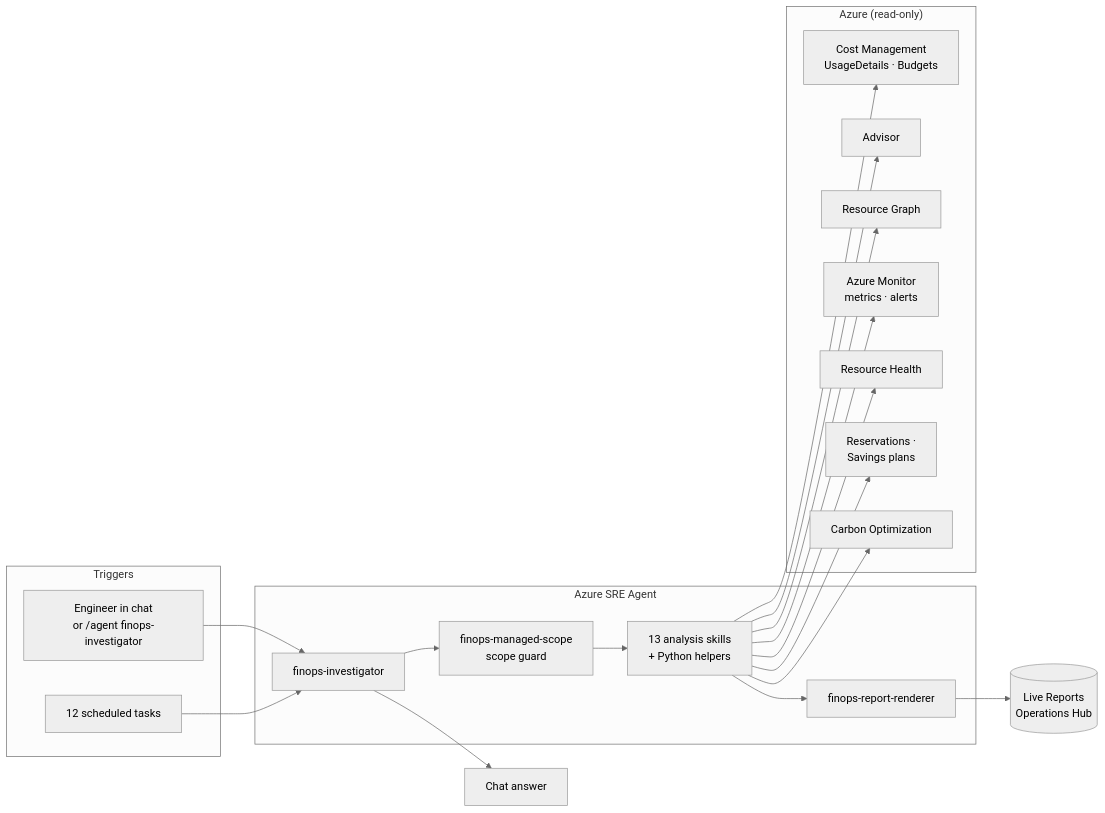
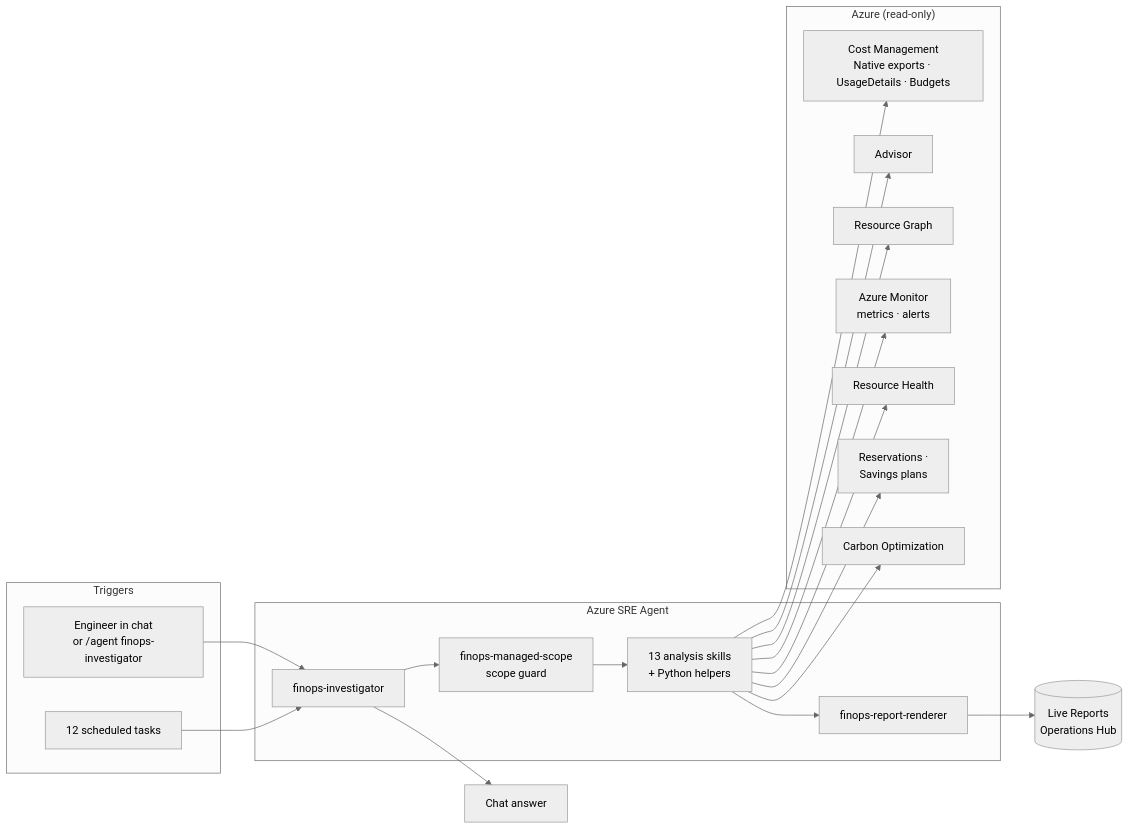
One commit to dmauser/finops-sre-agent-pack changed the diagram in README.md. Above: the diagram before and after it, drawn with Mermaid (neutral theme). The commit also changed other lines of this file and 86 other files, not shown here.

````diff
--- a/README.md
+++ b/README.md
@@ -63,28 +64,28 @@
 ```mermaid
 flowchart LR
     subgraph Triggers
         U[Engineer in chat<br/>or /agent finops-investigator]
         S[12 scheduled tasks]
     end
     subgraph Agent["Azure SRE Agent"]
         I[finops-investigator]
         MS[finops-managed-scope<br/>scope guard]
         SK[13 analysis skills<br/>+ Python helpers]
         R[finops-report-renderer]
     end
     subgraph Azure["Azure (read-only)"]
-        CM[Cost Management<br/>UsageDetails · Budgets]
+        CM[Cost Management<br/>Native exports · UsageDetails · Budgets]
         ADV[Advisor]
         ARG[Resource Graph]
         MON[Azure Monitor<br/>metrics · alerts]
         RH[Resource Health]
         RES[Reservations ·<br/>Savings plans]
         CO[Carbon Optimization]
     end
     U --> I
     S --> I
     I --> MS --> SK
     SK --> CM & ADV & ARG & MON & RH & RES & CO
     SK --> R --> LR[(Live Reports<br/>Operations Hub)]
     I --> CHAT[Chat answer]
 ```
````
